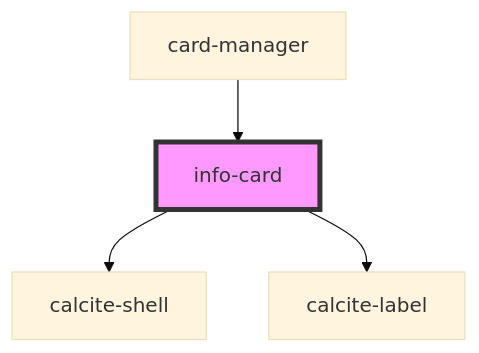
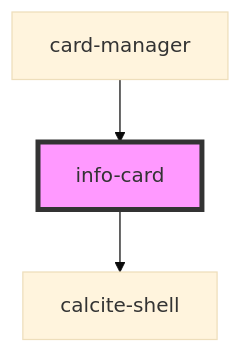
The diagram in src/components/info-card/readme.md (Esri/solutions-components), drawn with Mermaid (base theme) before and after one commit. The commit also changed other lines of this file and 20 other files, not shown here.

````diff
--- a/src/components/info-card/readme.md
+++ b/src/components/info-card/readme.md
@@ -28,7 +27,6 @@
 ```mermaid
 graph TD;
   info-card --> calcite-shell
-  info-card --> calcite-label
   card-manager --> info-card
   style info-card fill:#f9f,stroke:#333,stroke-width:4px
 ```
````
